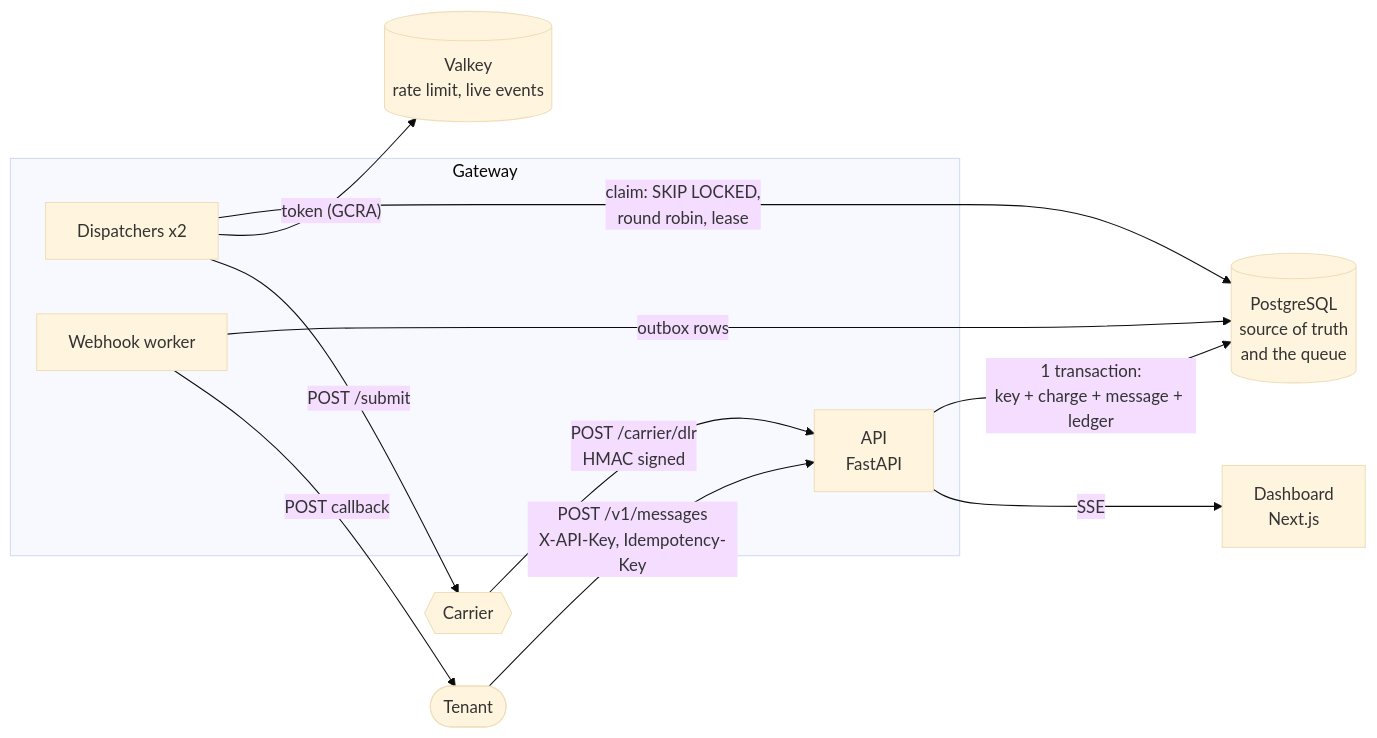
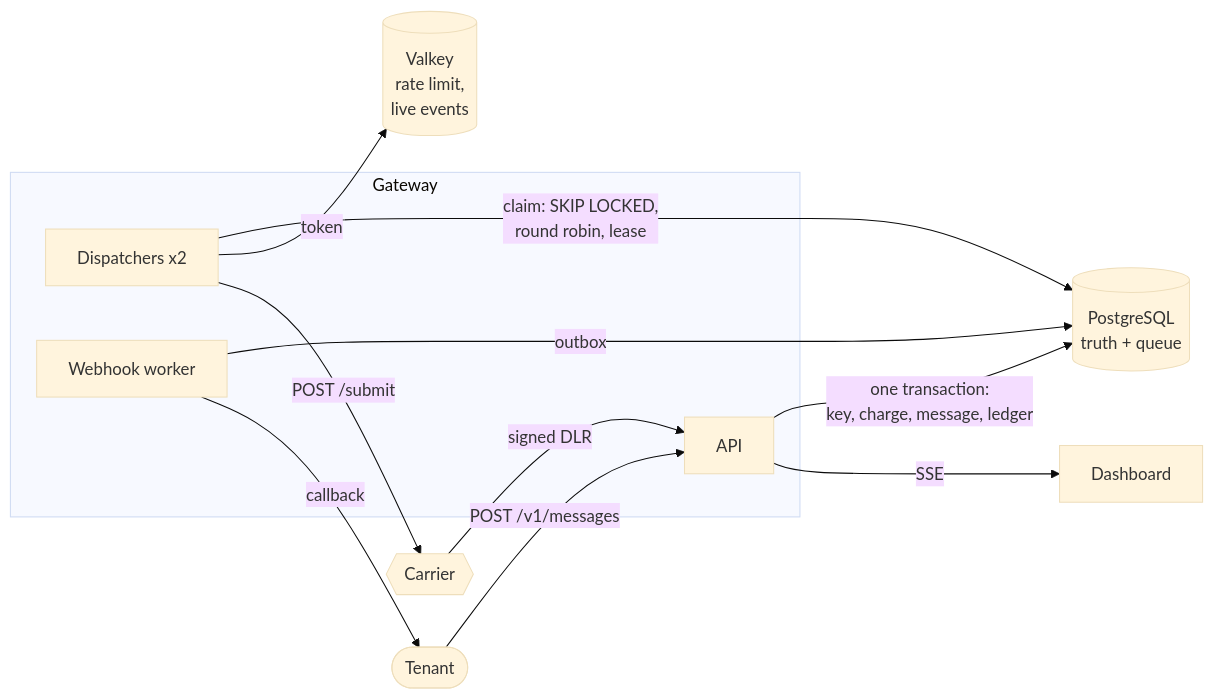
One commit to MicoleKurt/mini-sms-gateway changed the diagram in DESIGN.md. Above: the diagram before and after it, drawn with Mermaid (base theme). The commit also changed other lines of this file, not shown here.

````diff
--- a/DESIGN.md
+++ b/DESIGN.md
@@ -5,17 +3,17 @@
 ```mermaid
 flowchart LR
-    T([Tenant]) -- "POST /v1/messages<br/>X-API-Key, Idempotency-Key" --> API
+    T([Tenant]) -- "POST /v1/messages" --> API
     subgraph Gateway
-        API[API<br/>FastAPI]
+        API[API]
         D[Dispatchers x2]
         W[Webhook worker]
     end
-    API -- "1 transaction:<br/>key + charge + message + ledger" --> PG[(PostgreSQL<br/>source of truth<br/>and the queue)]
+    API -- "one transaction:<br/>key, charge, message, ledger" --> PG[(PostgreSQL<br/>truth + queue)]
     D -- "claim: SKIP LOCKED,<br/>round robin, lease" --> PG
-    D -- "token (GCRA)" --> V[(Valkey<br/>rate limit, live events)]
+    D -- "token" --> V[(Valkey<br/>rate limit,<br/>live events)]
     D -- "POST /submit" --> C{{Carrier}}
-    C -- "POST /carrier/dlr<br/>HMAC signed" --> API
-    W -- "outbox rows" --> PG
-    W -- "POST callback" --> T
-    API -- SSE --> UI[Dashboard<br/>Next.js]
+    C -- "signed DLR" --> API
+    W -- "outbox" --> PG
+    W -- "callback" --> T
+    API -- SSE --> UI[Dashboard]
 ```
````
